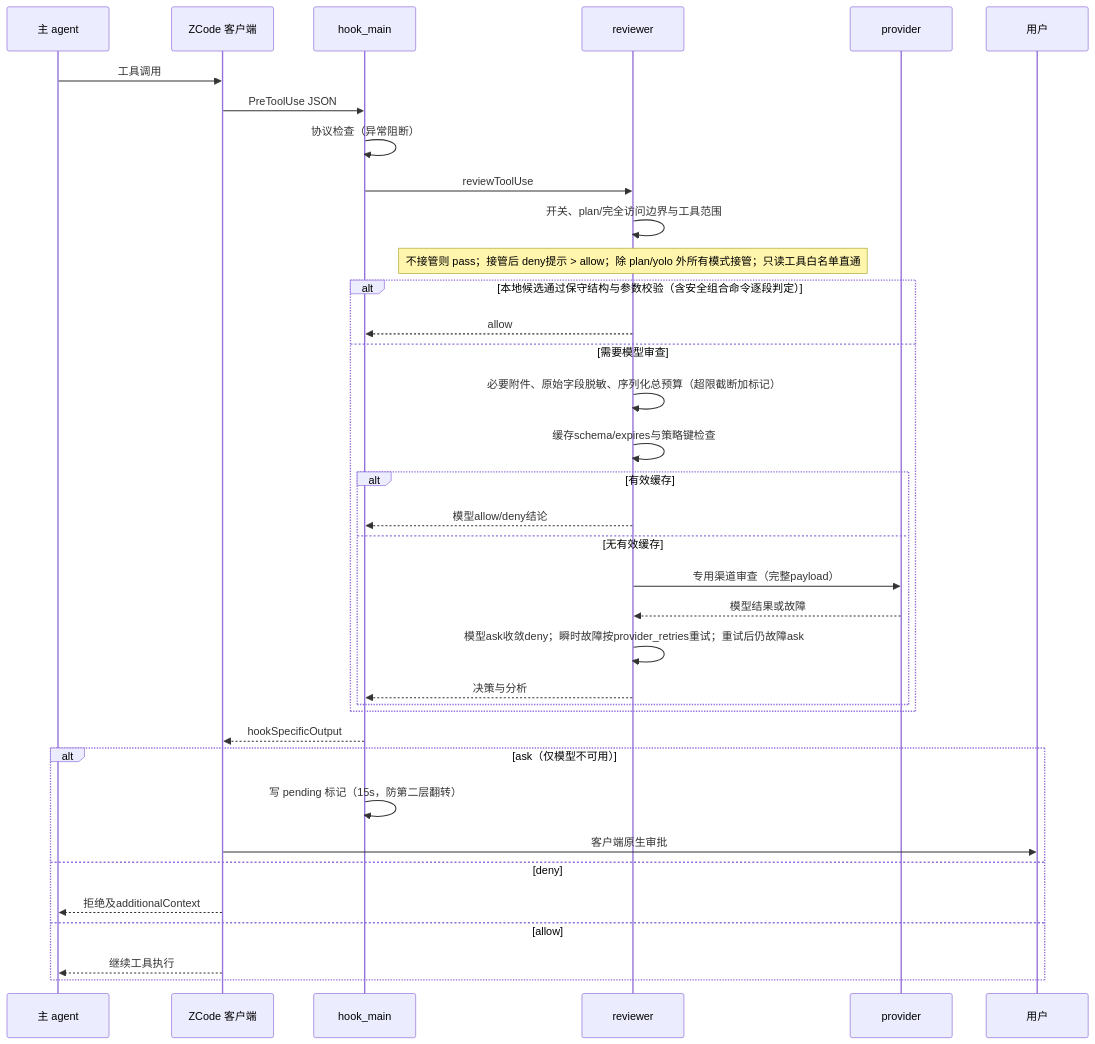
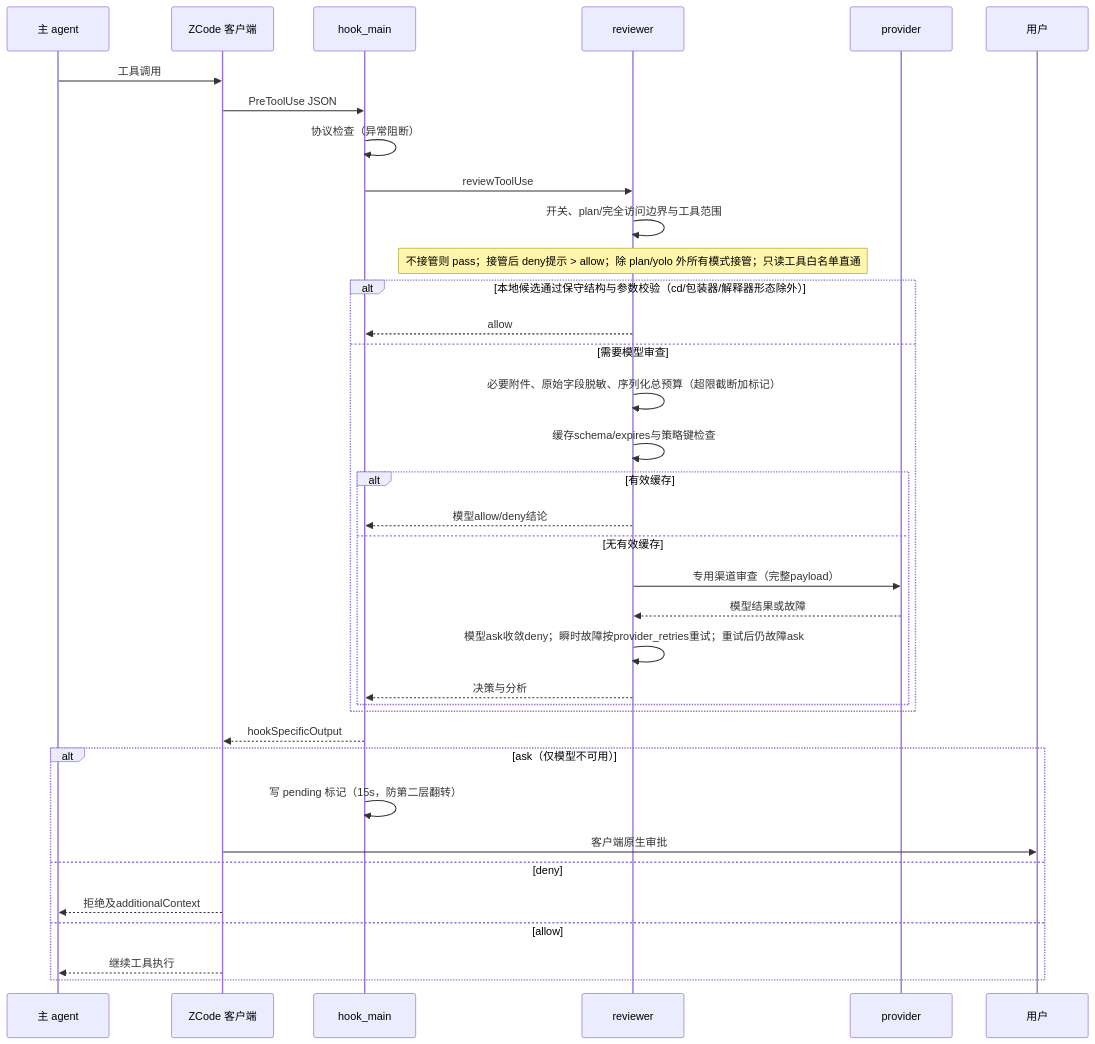
The first of 4 diagrams in docs/project_wiki/02_开发文档/模块运行流程图.md (cy-2-u/zhao), drawn with Mermaid before and after one commit. The commit also changed other lines of this file and 37 other files, not shown here.

````diff
--- a/docs/project_wiki/02_开发文档/模块运行流程图.md
+++ b/docs/project_wiki/02_开发文档/模块运行流程图.md
@@ -5,38 +5,38 @@
 ```mermaid
 sequenceDiagram
     participant M as 主 agent
     participant Z as ZCode 客户端
     participant H as hook_main
     participant R as reviewer
     participant P as provider
     participant U as 用户
     M->>Z: 工具调用
     Z->>H: PreToolUse JSON
     H->>H: 协议检查（异常阻断）
     H->>R: reviewToolUse
     R->>R: 开关、plan/完全访问边界与工具范围
     Note over R: 不接管则 pass；接管后 deny提示 > allow；除 plan/yolo 外所有模式接管；只读工具白名单直通
-    alt 本地候选通过保守结构与参数校验（含安全组合命令逐段判定）
+    alt 本地候选通过保守结构与参数校验（cd/包装器/解释器形态除外）
         R-->>H: allow
     else 需要模型审查
         R->>R: 必要附件、原始字段脱敏、序列化总预算（超限截断加标记）
         R->>R: 缓存schema/expires与策略键检查
         alt 有效缓存
             R-->>H: 模型allow/deny结论
         else 无有效缓存
             R->>P: 专用渠道审查（完整payload）
             P-->>R: 模型结果或故障
             R->>R: 模型ask收敛deny；瞬时故障按provider_retries重试；重试后仍故障ask
             R-->>H: 决策与分析
         end
     end
     H-->>Z: hookSpecificOutput
     alt ask（仅模型不可用）
         H->>H: 写 pending 标记（15s，防第二层翻转）
         Z->>U: 客户端原生审批
     else deny
         Z-->>M: 拒绝及additionalContext
     else allow
         Z-->>M: 继续工具执行
     end
 ```
````
